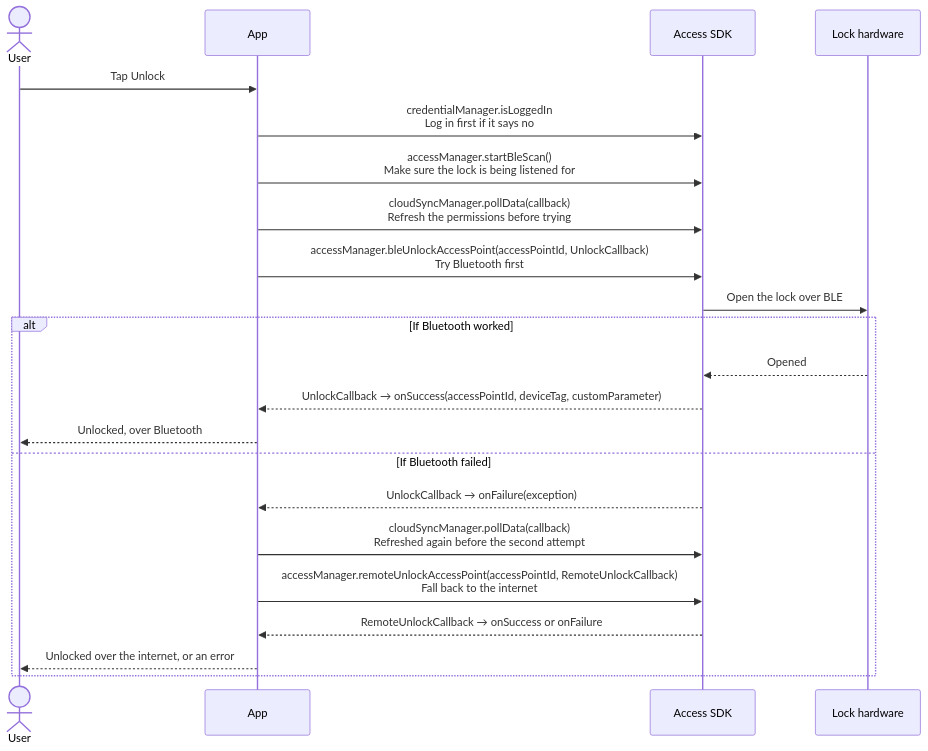
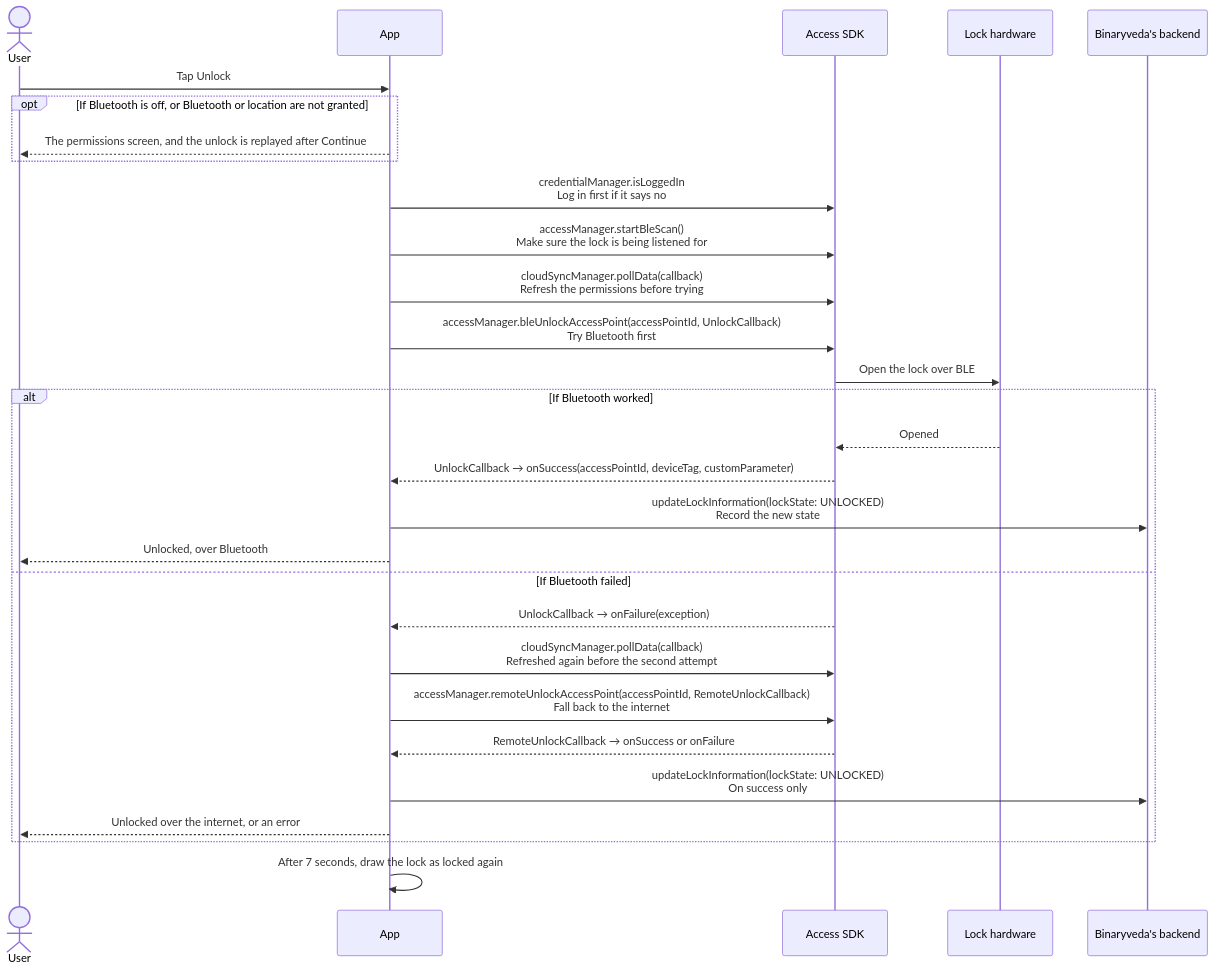
The seventh of 7 diagrams in docs/home.md (Yash-Wadatkar-Binaryveda/sdk-docs-site), drawn with Mermaid before and after one commit. The commit also changed other lines of this file and 5 other files, not shown here.

````diff
--- a/docs/home.md
+++ b/docs/home.md
@@ -221,25 +236,32 @@
     ```mermaid
     sequenceDiagram
         actor U as User
         participant A as App
         participant S as Access SDK
         participant L as Lock hardware
+        participant B as Binaryveda's backend
 
         U->>A: Tap Unlock
+        opt If Bluetooth is off, or Bluetooth or location are not granted
+            A-->>U: The permissions screen, and the unlock is replayed after Continue
+        end
         A->>S: credentialManager.isLoggedIn<br/>Log in first if it says no
         A->>S: accessManager.startBleScan()<br/>Make sure the lock is being listened for
         A->>S: cloudSyncManager.pollData(callback)<br/>Refresh the permissions before trying
         A->>S: accessManager.bleUnlockAccessPoint(accessPointId, UnlockCallback)<br/>Try Bluetooth first
         S->>L: Open the lock over BLE
         alt If Bluetooth worked
             L-->>S: Opened
             S-->>A: UnlockCallback → onSuccess(accessPointId, deviceTag, customParameter)
+            A->>B: updateLockInformation(lockState: UNLOCKED)<br/>Record the new state
             A-->>U: Unlocked, over Bluetooth
         else If Bluetooth failed
             S-->>A: UnlockCallback → onFailure(exception)
             A->>S: cloudSyncManager.pollData(callback)<br/>Refreshed again before the second attempt
             A->>S: accessManager.remoteUnlockAccessPoint(accessPointId, RemoteUnlockCallback)<br/>Fall back to the internet
             S-->>A: RemoteUnlockCallback → onSuccess or onFailure
+            A->>B: updateLockInformation(lockState: UNLOCKED)<br/>On success only
             A-->>U: Unlocked over the internet, or an error
         end
+        A->>A: After 7 seconds, draw the lock as locked again
     ```
````
